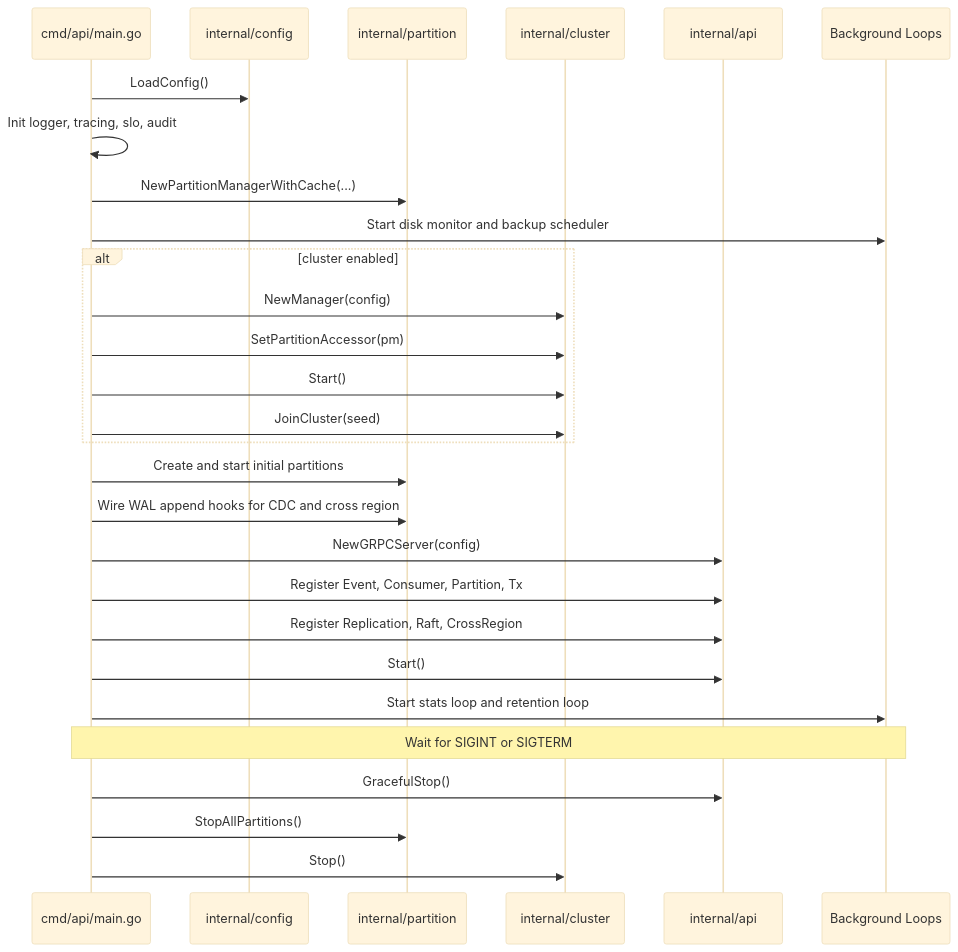
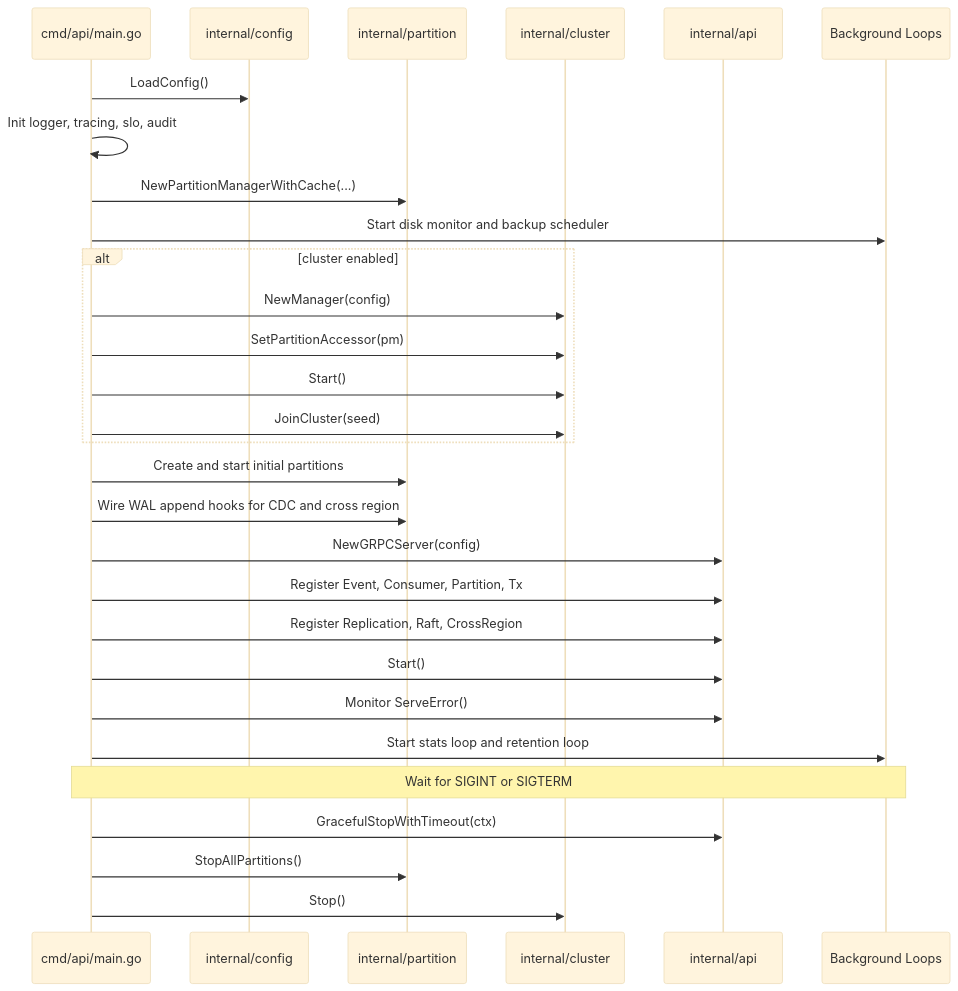
Before and after one commit to jatin711-debug/cronos_db_golang: the second of 8 diagrams in docs/DEVELOPER_ARCHITECTURE_GUIDE.md, drawn with Mermaid (base theme). The commit also changed other lines of this file and 18 other files, not shown here.

Commit message:
docs: update architecture docs for WAL v2, --dev mode, security defaults, retention, CDC, and graceful gRPC

````diff
--- a/docs/DEVELOPER_ARCHITECTURE_GUIDE.md
+++ b/docs/DEVELOPER_ARCHITECTURE_GUIDE.md
@@ -142,31 +142,32 @@
 ```mermaid
 sequenceDiagram
     participant Main as cmd/api/main.go
     participant Config as internal/config
     participant PM as internal/partition
     participant Cluster as internal/cluster
     participant API as internal/api
     participant BG as Background Loops
 
     Main->>Config: LoadConfig()
     Main->>Main: Init logger, tracing, slo, audit
     Main->>PM: NewPartitionManagerWithCache(...)
     Main->>BG: Start disk monitor and backup scheduler
     alt cluster enabled
         Main->>Cluster: NewManager(config)
         Main->>Cluster: SetPartitionAccessor(pm)
         Main->>Cluster: Start()
         Main->>Cluster: JoinCluster(seed)
     end
     Main->>PM: Create and start initial partitions
     Main->>PM: Wire WAL append hooks for CDC and cross region
     Main->>API: NewGRPCServer(config)
     Main->>API: Register Event, Consumer, Partition, Tx
     Main->>API: Register Replication, Raft, CrossRegion
     Main->>API: Start()
+    Main->>API: Monitor ServeError()
     Main->>BG: Start stats loop and retention loop
     Note over Main,BG: Wait for SIGINT or SIGTERM
-    Main->>API: GracefulStop()
+    Main->>API: GracefulStopWithTimeout(ctx)
     Main->>PM: StopAllPartitions()
     Main->>Cluster: Stop()
 ```
````
